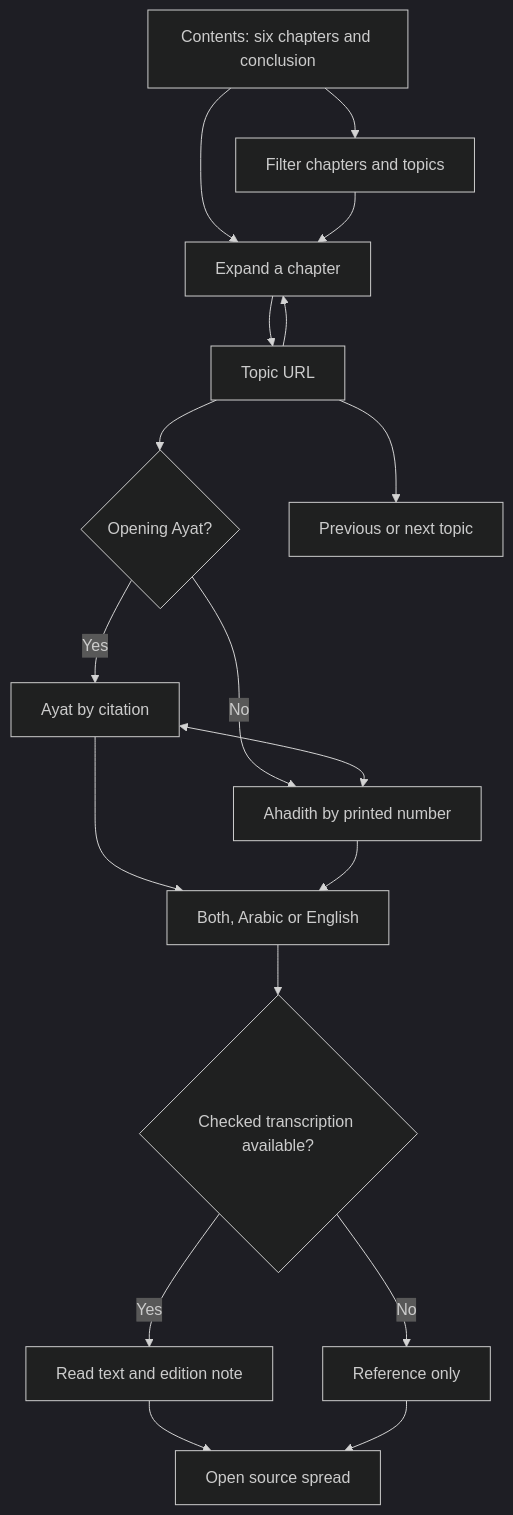
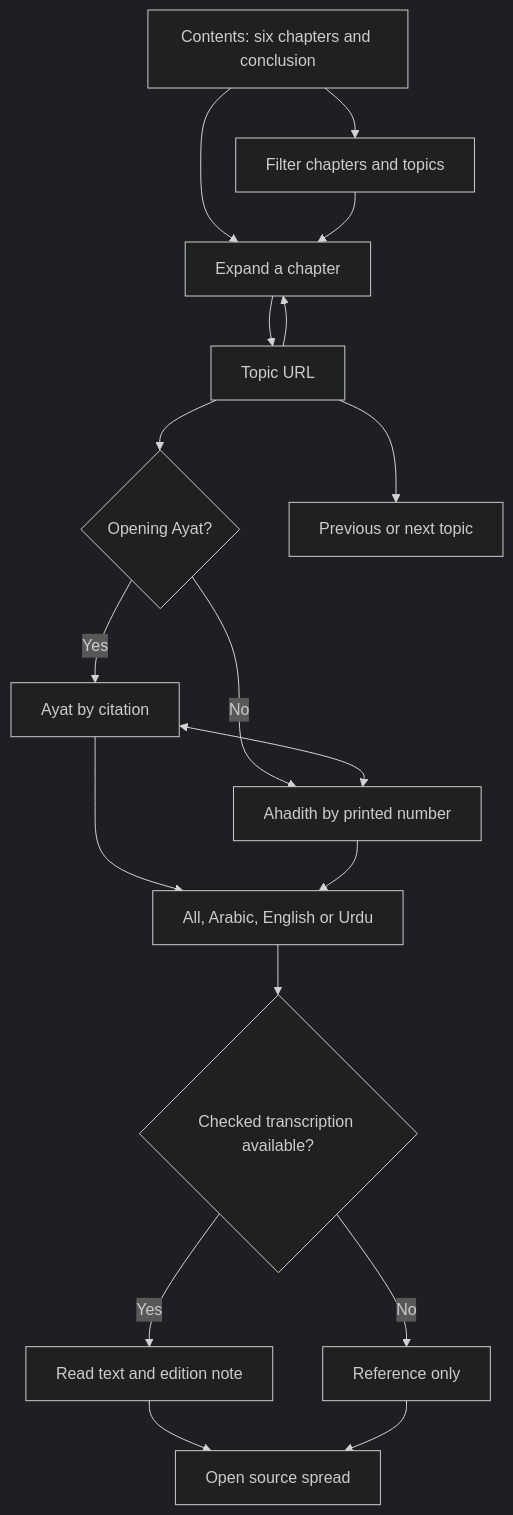
Before and after one commit to nanduahmed/muntakhab: the diagram in docs/UX-findings.md, drawn with Mermaid (dark theme). The commit also changed other lines of this file and 19 other files, not shown here.

````diff
--- a/docs/UX-findings.md
+++ b/docs/UX-findings.md
@@ -16,20 +16,20 @@
 ```mermaid
 flowchart TD
   C[Contents: six chapters and conclusion] --> D[Expand a chapter]
   C --> F[Filter chapters and topics]
   F --> D
   D --> T[Topic URL]
   T --> R{Opening Ayat?}
   R -- Yes --> A[Ayat by citation]
   R -- No --> H[Ahadith by printed number]
   A <--> H
-  A --> L[Both, Arabic or English]
+  A --> L[All, Arabic, English or Urdu]
   H --> L
   L --> S{Checked transcription available?}
   S -- Yes --> V[Read text and edition note]
   S -- No --> O[Reference only]
   V --> P[Open source spread]
   O --> P
   T --> N[Previous or next topic]
   T --> D
 ```
````
